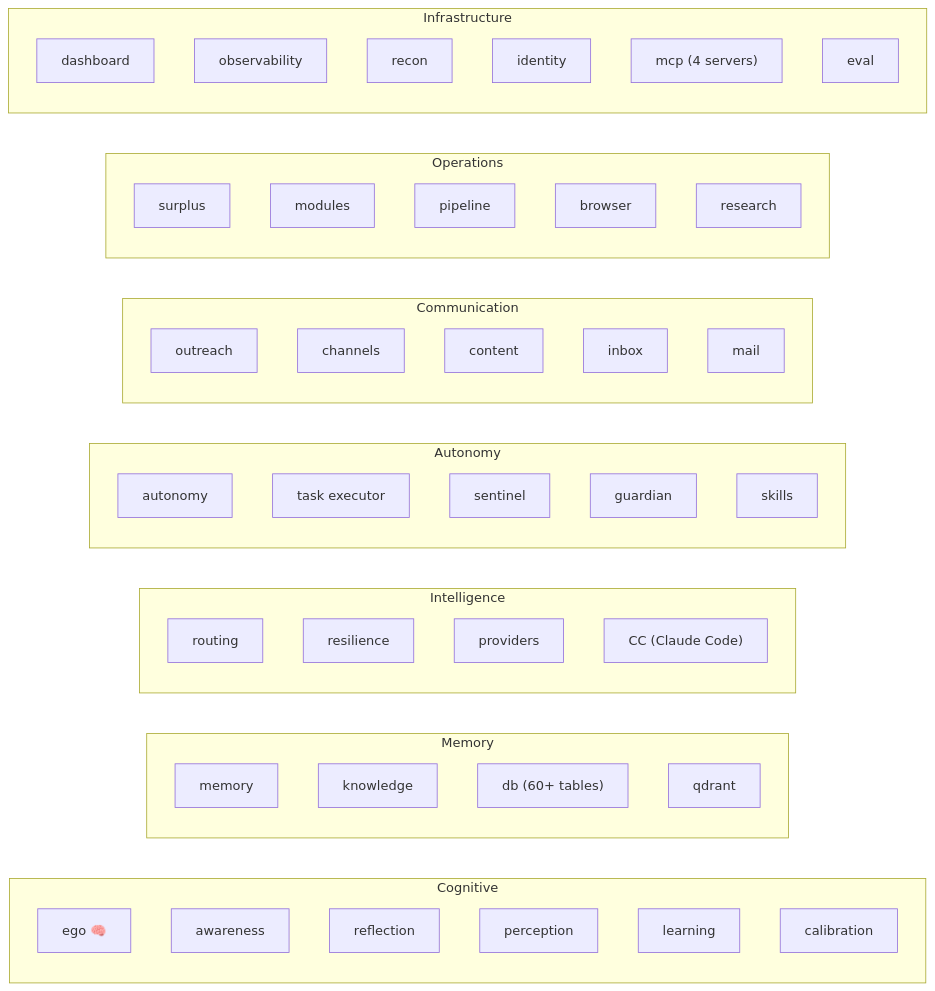
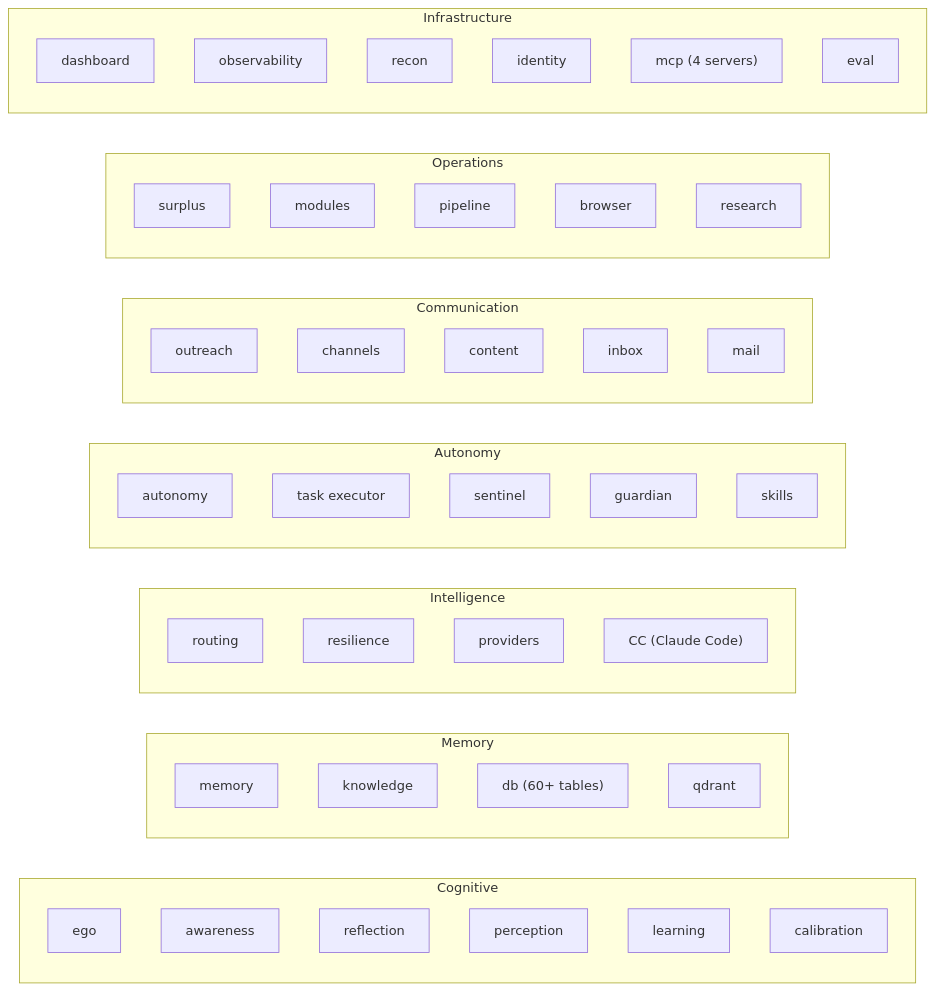
One commit to WingedGuardian/GENesis-AGI changed the second of 2 diagrams in README.md. Above: the diagram before and after it, drawn with Mermaid. The commit also changed other lines of this file, not shown here.

Commit message:
fix(docs): replace cognitive-dissonance with genesis-task-executor, fix mermaid emoji
- cognitive-dissonance-dspy was imported into Genesis, not extracted from it
- Replace with genesis-task-executor (actual Genesis extraction)
- Remove emoji from mermaid node label that may break GitHub rendering

````diff
--- a/README.md
+++ b/README.md
@@ -429,58 +429,58 @@
 ```mermaid
 graph LR
     subgraph "Cognitive"
-        ego["ego 🧠"]
+        ego["ego"]
         awareness
         reflection
         perception
         learning
         calibration
     end
 
     subgraph "Memory"
         memory
         knowledge
         db["db (60+ tables)"]
         qdrant
     end
 
     subgraph "Intelligence"
         routing
         resilience
         providers
         CC["CC (Claude Code)"]
     end
 
     subgraph "Autonomy"
         autonomy
         tasks["task executor"]
         sentinel
         guardian
         skills
     end
 
     subgraph "Communication"
         outreach
         channels
         content
         inbox
         mail
     end
 
     subgraph "Operations"
         surplus
         modules
         pipeline
         browser
         research
     end
 
     subgraph "Infrastructure"
         dashboard
         observability
         recon
         identity
         mcp["mcp (4 servers)"]
         eval
     end
 ```
````
